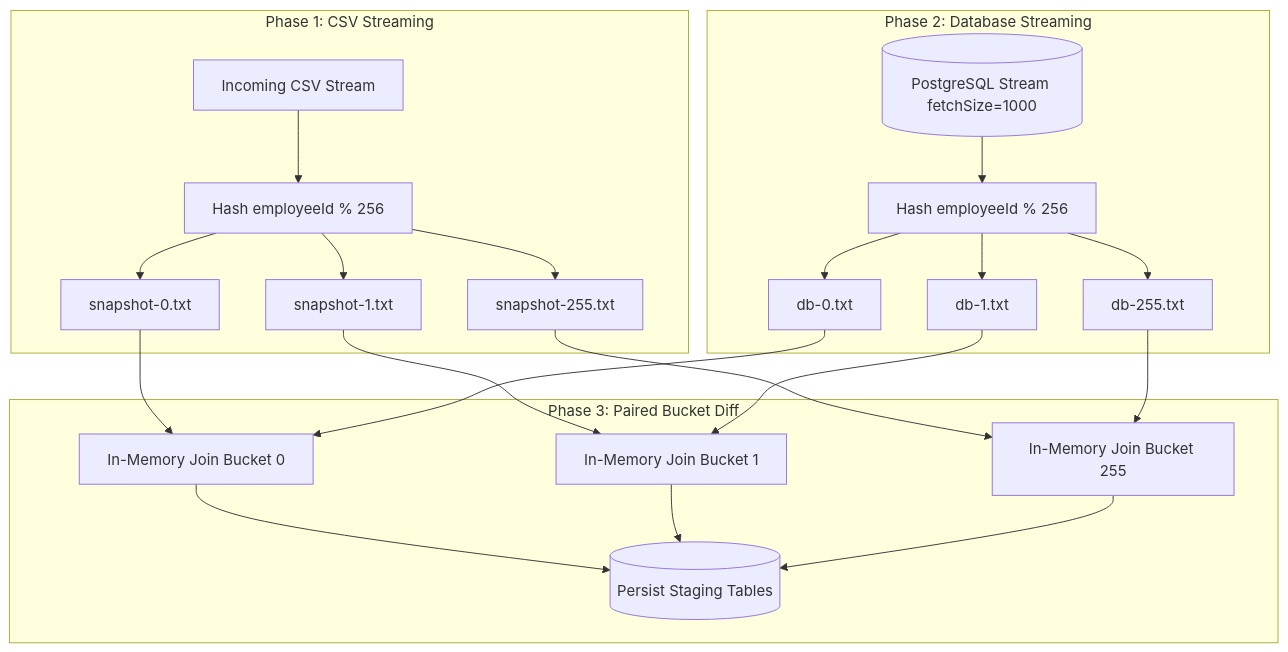
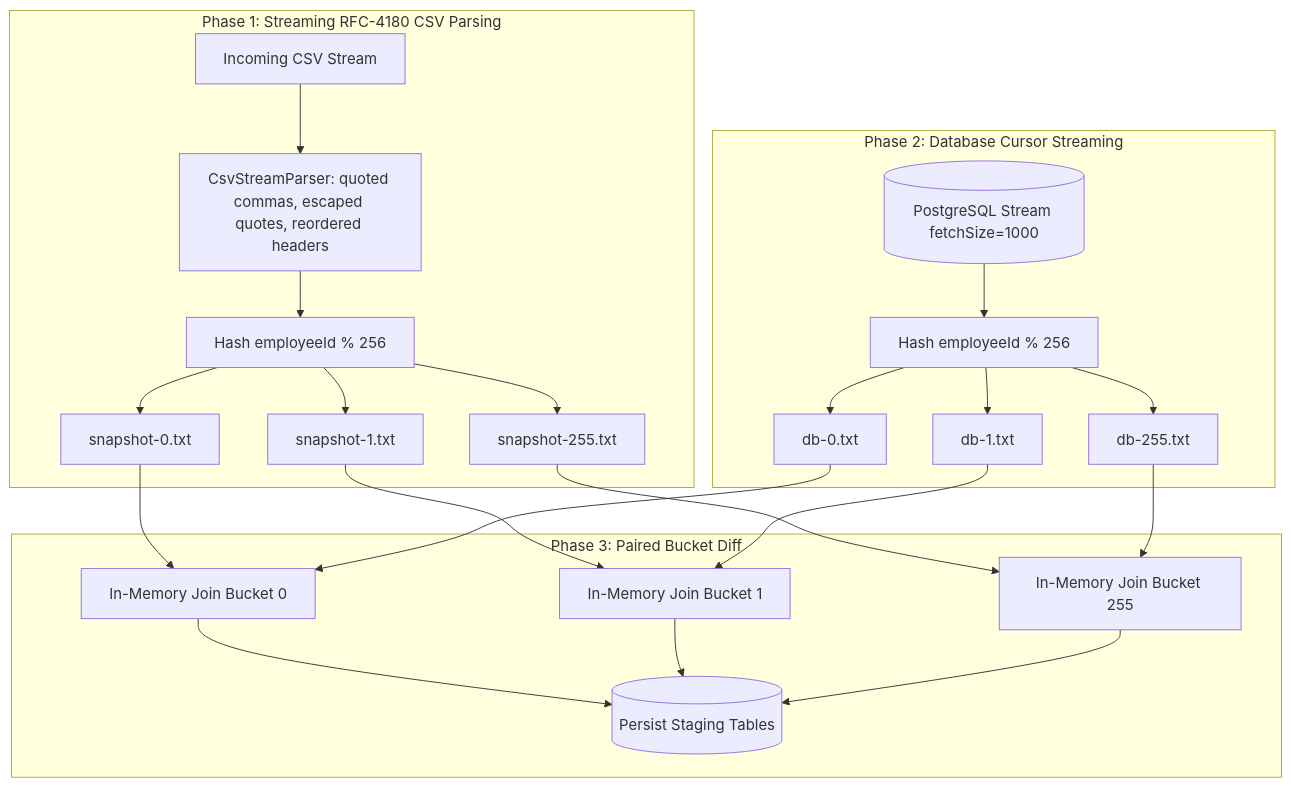
One commit to swetak0911/hr-roster-sync changed the third of 3 diagrams in docs/DESIGN.md. Above: the diagram before and after it, drawn with Mermaid. The commit also changed other lines of this file and 10 other files, not shown here.

Commit message:
feat: complete two-way reconciliation, streaming RFC-4180 CSV parser, and atomic apply locking

````diff
--- a/docs/DESIGN.md
+++ b/docs/DESIGN.md
@@ -80,21 +81,22 @@
 ```mermaid
 flowchart TD
-  subgraph Phase 1: CSV Streaming
-    CSV[Incoming CSV Stream] --> P1[Hash employeeId % 256]
+  subgraph Phase 1: Streaming RFC-4180 CSV Parsing
+    CSV[Incoming CSV Stream] --> PARSER[CsvStreamParser: quoted commas, escaped quotes, reordered headers]
+    PARSER --> P1[Hash employeeId % 256]
     P1 --> S0[snapshot-0.txt]
     P1 --> S1[snapshot-1.txt]
     P1 --> S255[snapshot-255.txt]
   end
-  subgraph Phase 2: Database Streaming
+  subgraph Phase 2: Database Cursor Streaming
     DB[(PostgreSQL Stream fetchSize=1000)] --> P2[Hash employeeId % 256]
     P2 --> D0[db-0.txt]
     P2 --> D1[db-1.txt]
     P2 --> D255[db-255.txt]
   end
   subgraph Phase 3: Paired Bucket Diff
     S0 & D0 --> DIFF0[In-Memory Join Bucket 0]
     S1 & D1 --> DIFF1[In-Memory Join Bucket 1]
     S255 & D255 --> DIFF255[In-Memory Join Bucket 255]
     DIFF0 & DIFF1 & DIFF255 --> STAGING[(Persist Staging Tables)]
   end
 ```
````
